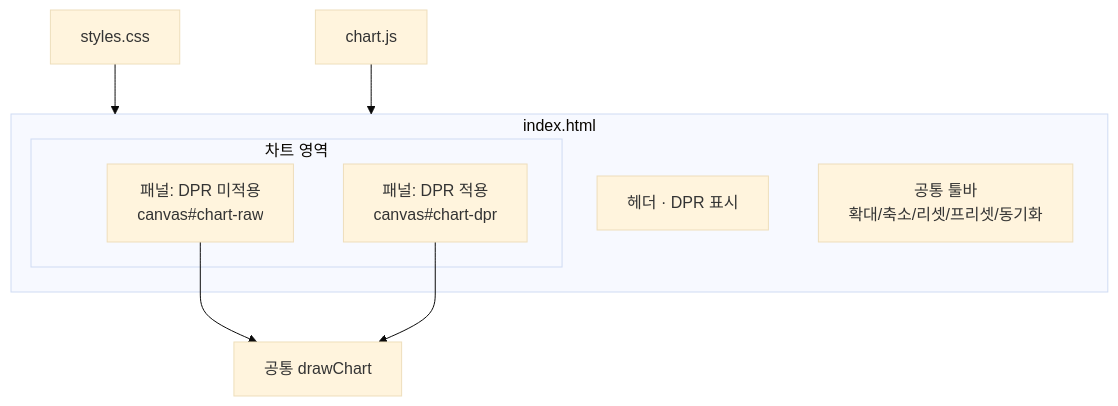
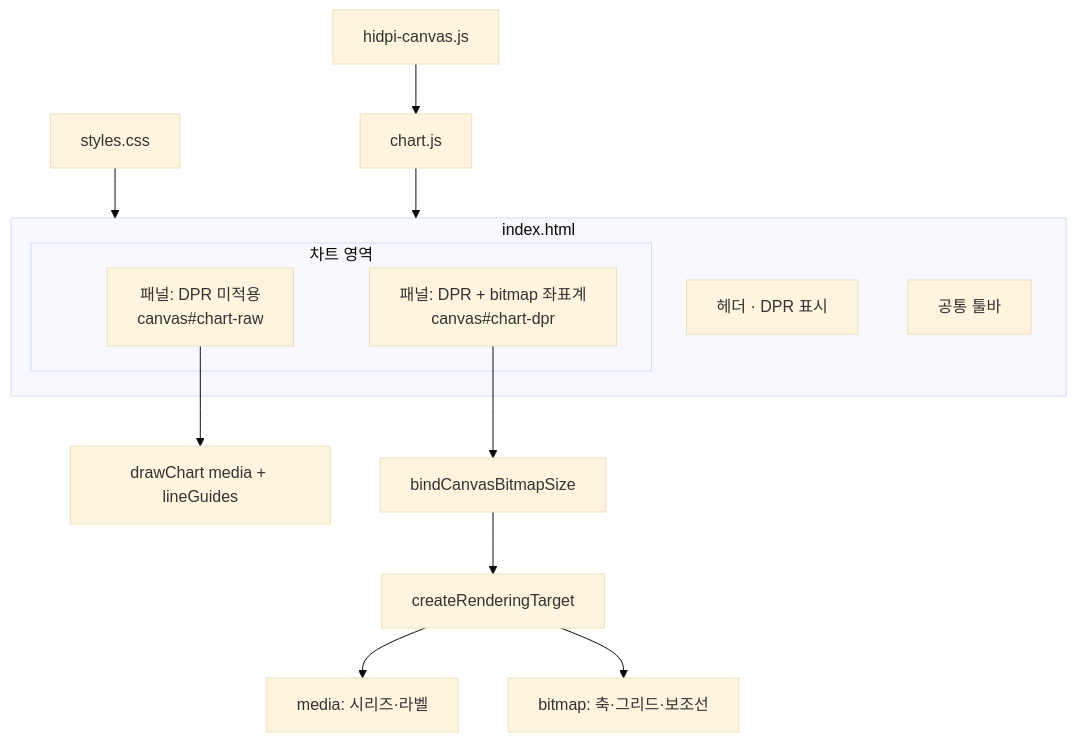
The first of 3 diagrams in docs/features.md (JinUng41/canvas-hidpi-candle-demo), drawn with Mermaid (base theme) before and after one commit. The commit also changed other lines of this file and 5 other files, not shown here.

First line of the commit message:
Add bitmap binding and dual media/bitmap coordinate spaces.

````diff
--- a/docs/features.md
+++ b/docs/features.md
@@ -41,17 +45,20 @@
 ```mermaid
 flowchart TB
   subgraph page["index.html"]
     H["헤더 · DPR 표시"]
-    T["공통 툴바<br/>확대/축소/리셋/프리셋/동기화"]
+    T["공통 툴바"]
     subgraph charts["차트 영역"]
       R["패널: DPR 미적용<br/>canvas#chart-raw"]
-      D["패널: DPR 적용<br/>canvas#chart-dpr"]
+      D["패널: DPR + bitmap 좌표계<br/>canvas#chart-dpr"]
     end
   end
 
   CSS["styles.css"] --> page
+  HIDPI["hidpi-canvas.js"] --> JS
   JS["chart.js"] --> page
-  R --> Draw
-  D --> Draw
-  Draw["공통 drawChart"]
+  R --> DrawRaw["drawChart media + lineGuides"]
+  D --> Bind["bindCanvasBitmapSize"]
+  Bind --> Target["createRenderingTarget"]
+  Target --> DrawMedia["media: 시리즈·라벨"]
+  Target --> DrawBmp["bitmap: 축·그리드·보조선"]
 ```
````
